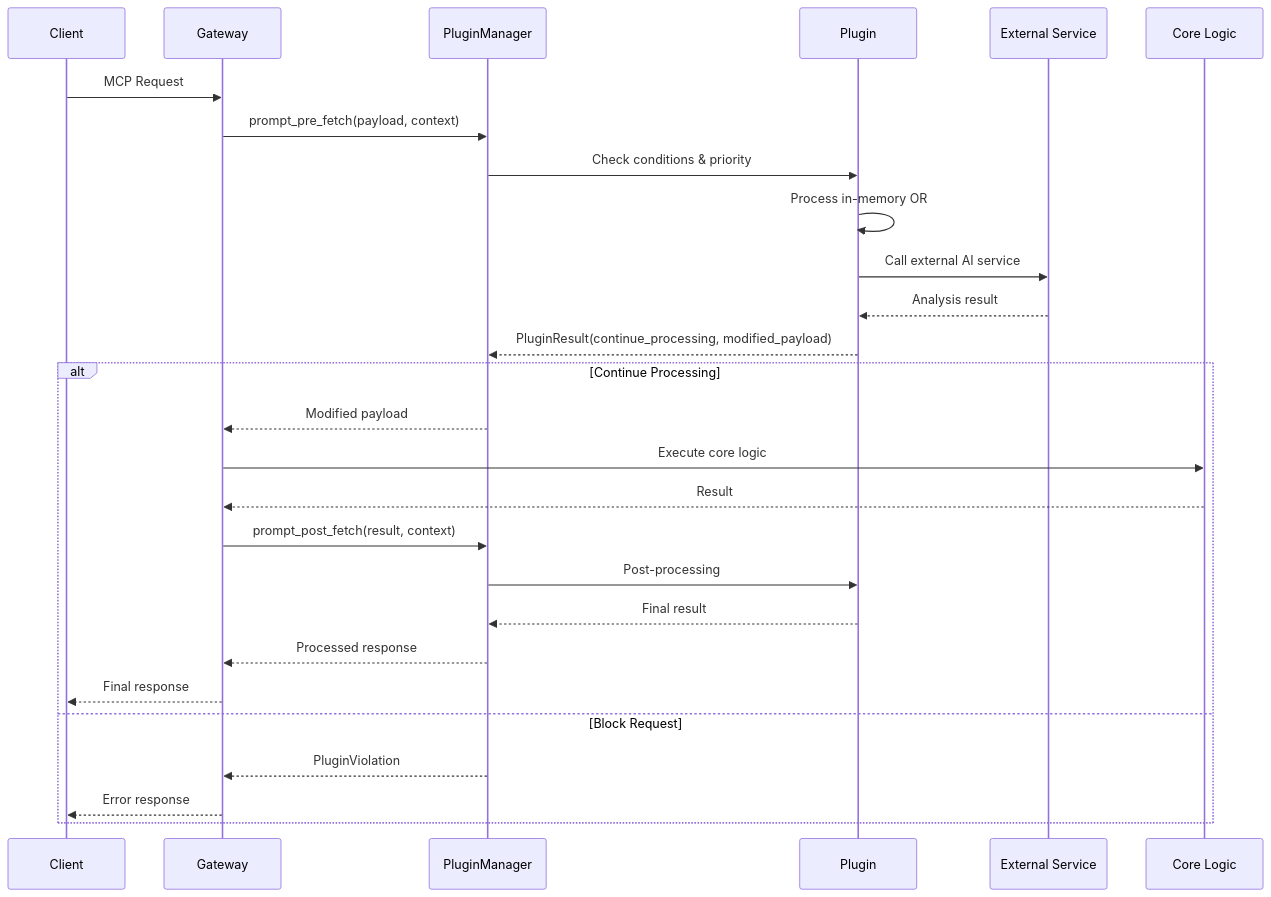
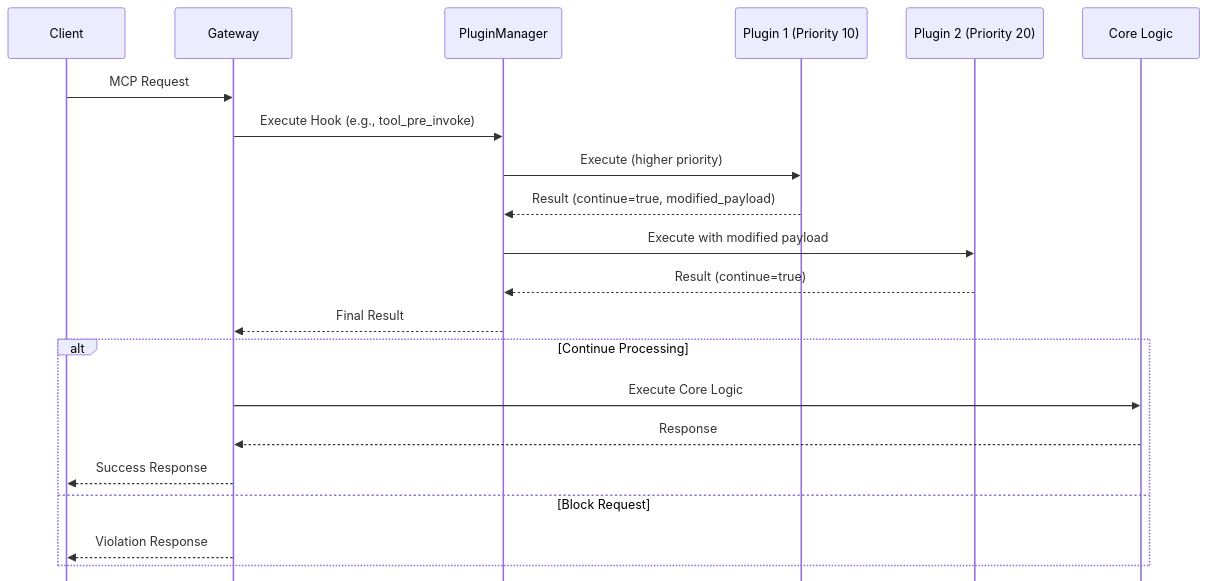
One commit to tedhabeck/mcp-context-forge changed the second of 5 diagrams in docs/docs/architecture/plugins.md. Above: the diagram before and after it, drawn with Mermaid. The commit also changed other lines of this file and 18 other files, not shown here.

````diff
--- a/docs/docs/architecture/plugins.md
+++ b/docs/docs/architecture/plugins.md
@@ -211,31 +716,32 @@
 ```mermaid
+---
+config:
+  mirrorActors: false
+---
 sequenceDiagram
     participant Client
     participant Gateway
     participant PM as PluginManager
-    participant Plugin
-    participant Service as External Service
+    participant P1 as Plugin 1 (Priority 10)
+    participant P2 as Plugin 2 (Priority 20)
     participant Core as Core Logic
 
     Client->>Gateway: MCP Request
-    Gateway->>PM: prompt_pre_fetch(payload, context)
-    PM->>Plugin: Check conditions & priority
-    Plugin->>Plugin: Process in-memory OR
-    Plugin->>Service: Call external AI service
-    Service-->>Plugin: Analysis result
-    Plugin-->>PM: PluginResult(continue_processing, modified_payload)
+    Gateway->>PM: Execute Hook (e.g., tool_pre_invoke)
+
+    PM->>P1: Execute (higher priority)
+    P1-->>PM: Result (continue=true, modified_payload)
+
+    PM->>P2: Execute with modified payload
+    P2-->>PM: Result (continue=true)
+
+    PM-->>Gateway: Final Result
 
     alt Continue Processing
-        PM-->>Gateway: Modified payload
-        Gateway->>Core: Execute core logic
-        Core-->>Gateway: Result
-        Gateway->>PM: prompt_post_fetch(result, context)
-        PM->>Plugin: Post-processing
-        Plugin-->>PM: Final result
-        PM-->>Gateway: Processed response
-        Gateway-->>Client: Final response
+        Gateway->>Core: Execute Core Logic
+        Core-->>Gateway: Response
+        Gateway-->>Client: Success Response
     else Block Request
-        PM-->>Gateway: PluginViolation
-        Gateway-->>Client: Error response
+        Gateway-->>Client: Violation Response
     end
 ```
````
